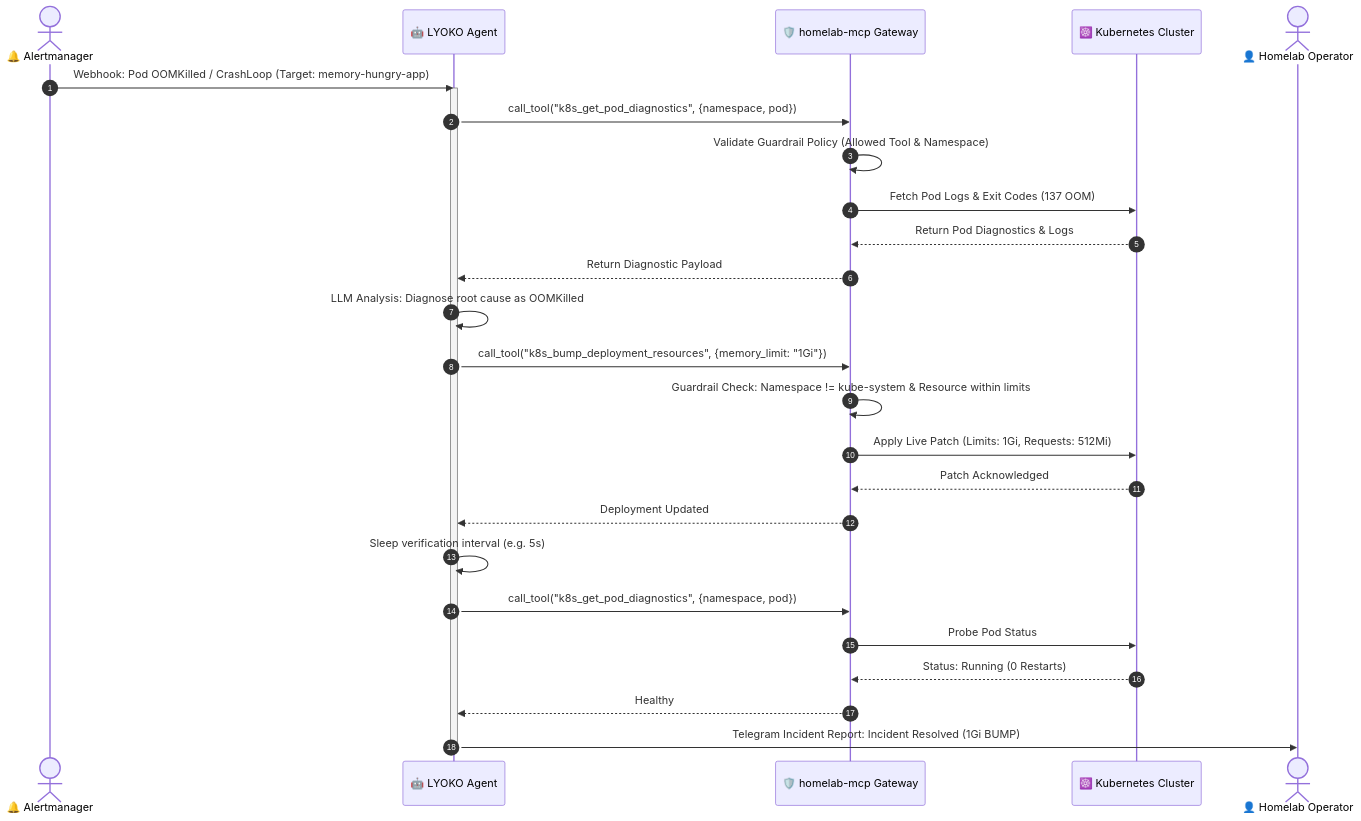
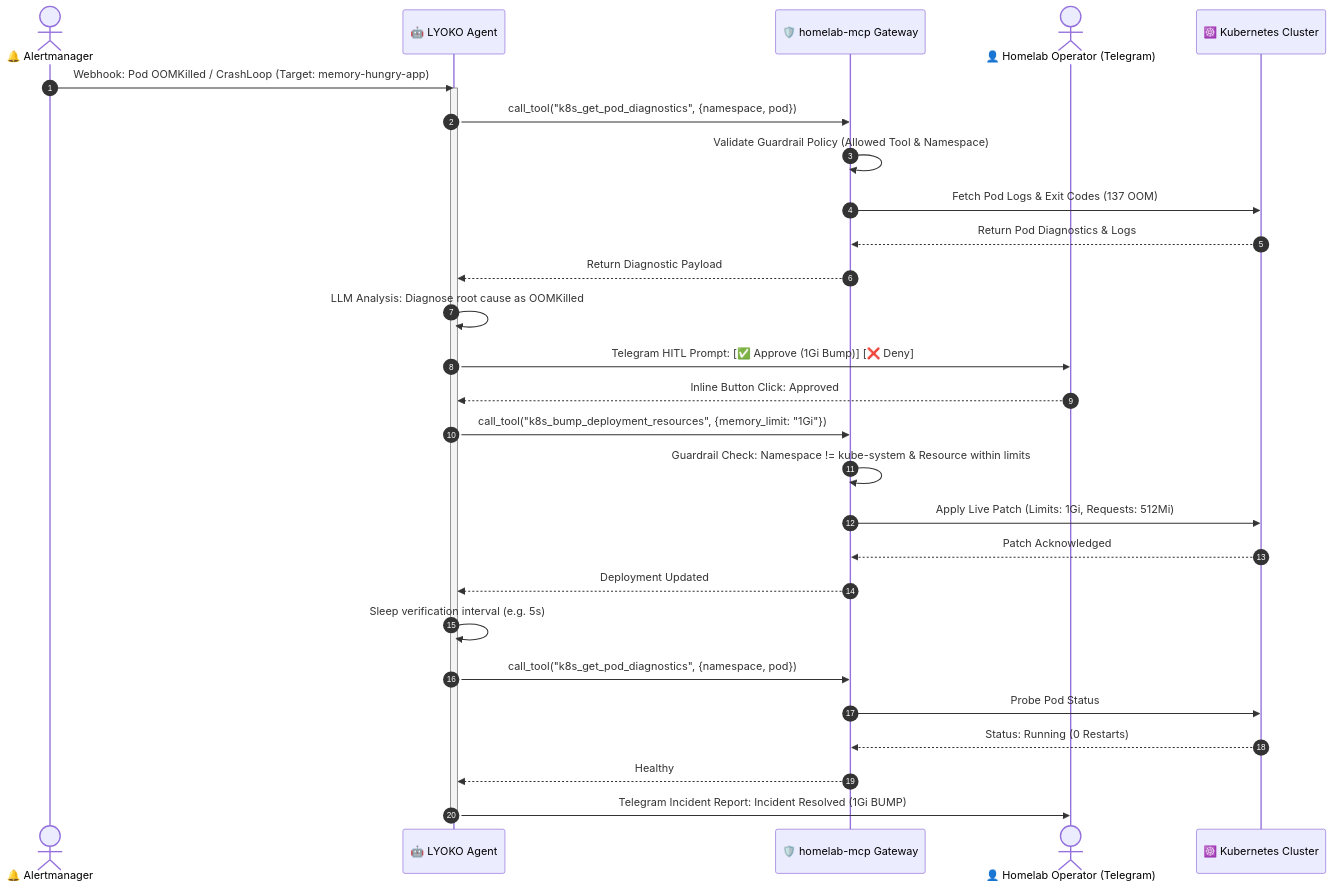
One commit to csp33/homelab-ai-ops changed the second of 2 diagrams in README.md. Above: the diagram before and after it, drawn with Mermaid. The commit also changed other lines of this file and 1 other file, not shown here.

Commit message:
docs: update LYOKO state machine and architecture diagrams for HITL and Telegram assistant

````diff
--- a/README.md
+++ b/README.md
@@ -77,33 +77,36 @@
 ```mermaid
 sequenceDiagram
     autonumber
     actor Alertmanager as 🔔 Alertmanager
     participant LYOKO as 🤖 LYOKO Agent
     participant Gateway as 🛡️ homelab-mcp Gateway
+    actor Operator as 👤 Homelab Operator (Telegram)
     participant K8s as ☸️ Kubernetes Cluster
-    actor Operator as 👤 Homelab Operator
 
     Alertmanager->>LYOKO: Webhook: Pod OOMKilled / CrashLoop (Target: memory-hungry-app)
     activate LYOKO
     LYOKO->>Gateway: call_tool("k8s_get_pod_diagnostics", {namespace, pod})
     Gateway->>Gateway: Validate Guardrail Policy (Allowed Tool & Namespace)
     Gateway->>K8s: Fetch Pod Logs & Exit Codes (137 OOM)
     K8s-->>Gateway: Return Pod Diagnostics & Logs
     Gateway-->>LYOKO: Return Diagnostic Payload
     
     LYOKO->>LYOKO: LLM Analysis: Diagnose root cause as OOMKilled
+    LYOKO->>Operator: Telegram HITL Prompt: [✅ Approve (1Gi Bump)] [❌ Deny]
+    Operator-->>LYOKO: Inline Button Click: Approved
     LYOKO->>Gateway: call_tool("k8s_bump_deployment_resources", {memory_limit: "1Gi"})
     Gateway->>Gateway: Guardrail Check: Namespace != kube-system & Resource within limits
     Gateway->>K8s: Apply Live Patch (Limits: 1Gi, Requests: 512Mi)
     K8s-->>Gateway: Patch Acknowledged
     Gateway-->>LYOKO: Deployment Updated
 
     LYOKO->>LYOKO: Sleep verification interval (e.g. 5s)
     LYOKO->>Gateway: call_tool("k8s_get_pod_diagnostics", {namespace, pod})
     Gateway->>K8s: Probe Pod Status
     K8s-->>Gateway: Status: Running (0 Restarts)
     Gateway-->>LYOKO: Healthy
 
     LYOKO->>Operator: Telegram Incident Report: Incident Resolved (1Gi BUMP)
     deactivate LYOKO
+
 ```
````
